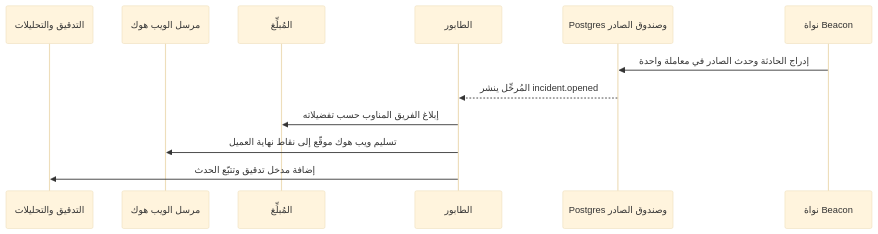
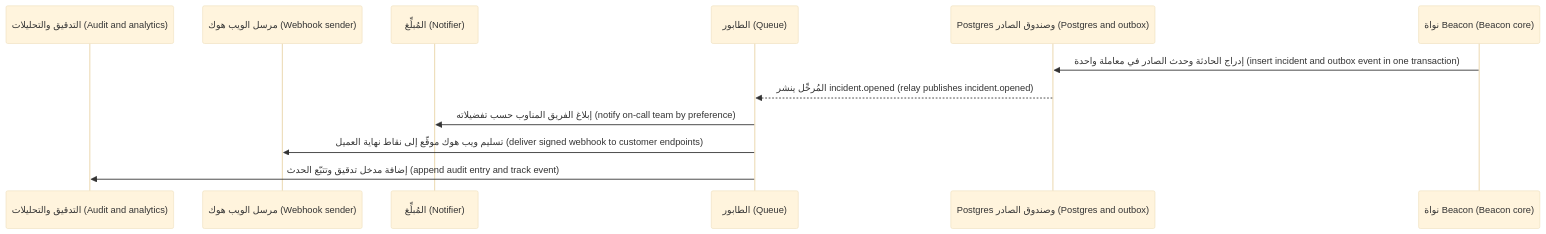
The second of 2 diagrams in saas/modules/09-capstone.ar.md (Tamoura/system-design-for-vibe-coders), drawn with Mermaid (base theme) before and after one commit. The commit also changed other lines of this file and 62 other files, not shown here.

First line of the commit message:
Arabic editions: English on every diagram label, RTL fixes, rebuild

````diff
--- a/saas/modules/09-capstone.ar.md
+++ b/saas/modules/09-capstone.ar.md
@@ -97,14 +97,14 @@
 ```mermaid
 sequenceDiagram
-    participant A as التدقيق والتحليلات
-    participant H as مرسل الويب هوك
-    participant N as المُبلِّغ
-    participant Q as الطابور
-    participant DB as Postgres وصندوق الصادر
-    participant Core as نواة Beacon
-    Core->>DB: إدراج الحادثة وحدث الصادر في معاملة واحدة
-    DB-->>Q: المُرحِّل ينشر incident.opened
-    Q->>N: إبلاغ الفريق المناوب حسب تفضيلاته
-    Q->>H: تسليم ويب هوك موقّع إلى نقاط نهاية العميل
-    Q->>A: إضافة مدخل تدقيق وتتبّع الحدث
+    participant A as التدقيق والتحليلات (Audit and analytics)
+    participant H as مرسل الويب هوك (Webhook sender)
+    participant N as المُبلِّغ (Notifier)
+    participant Q as الطابور (Queue)
+    participant DB as Postgres وصندوق الصادر (Postgres and outbox)
+    participant Core as نواة Beacon (Beacon core)
+    Core->>DB: إدراج الحادثة وحدث الصادر في معاملة واحدة (insert incident and outbox event in one transaction)
+    DB-->>Q: المُرحِّل ينشر incident.opened (relay publishes incident.opened)
+    Q->>N: إبلاغ الفريق المناوب حسب تفضيلاته (notify on-call team by preference)
+    Q->>H: تسليم ويب هوك موقّع إلى نقاط نهاية العميل (deliver signed webhook to customer endpoints)
+    Q->>A: إضافة مدخل تدقيق وتتبّع الحدث (append audit entry and track event)
 ```
````
